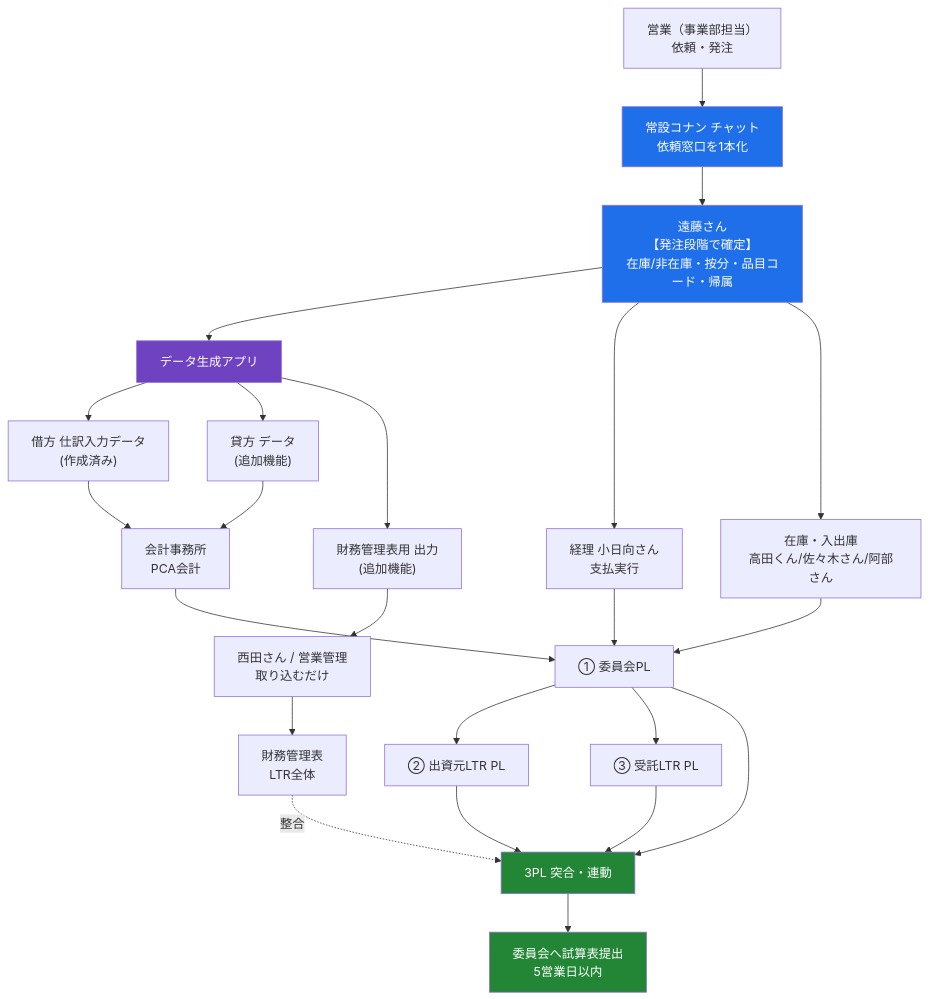
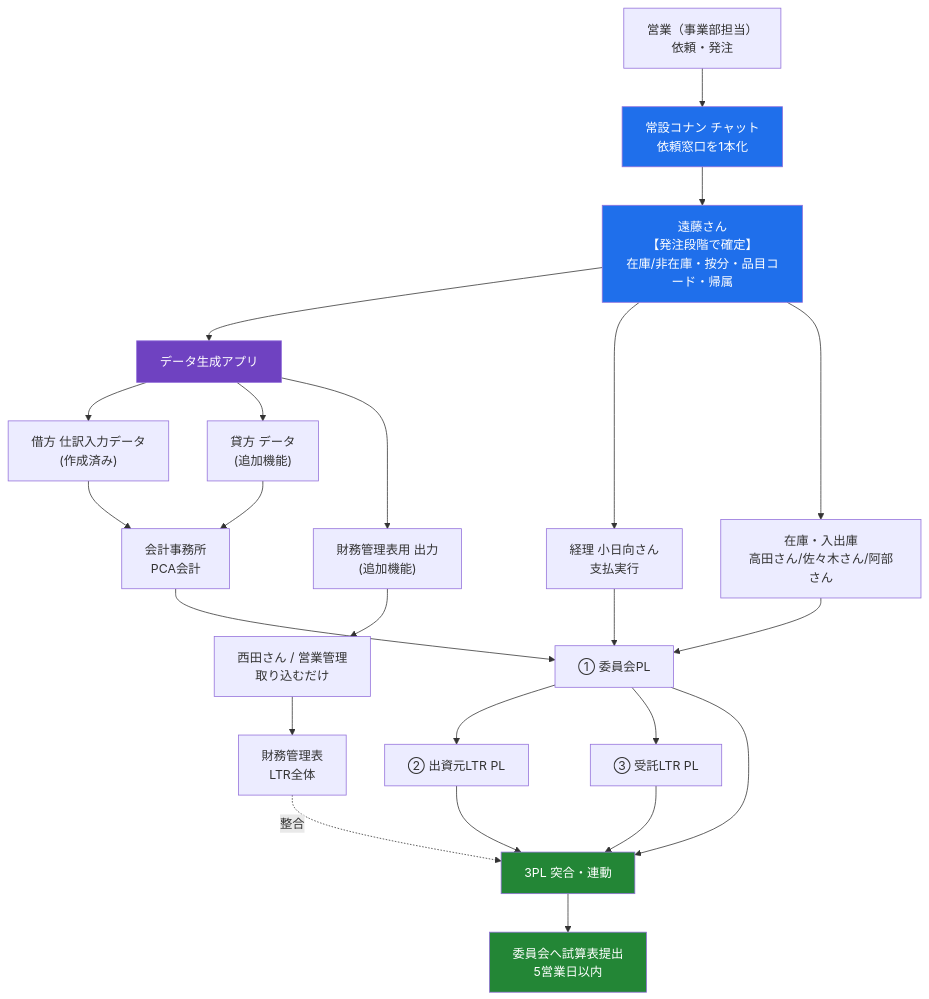
The third of 6 diagrams in internal/02_業務フロー_文章と図解.md (maa-a/Antigravity-test), drawn with Mermaid before and after one commit. The commit also changed other lines of this file and 5 other files, not shown here.

First line of the commit message:
Update the flow documents with the reviewed corrections

````diff
--- a/internal/02_業務フロー_文章と図解.md
+++ b/internal/02_業務フロー_文章と図解.md
@@ -153,35 +152,35 @@
 ```mermaid
 flowchart TD
     A["営業（事業部担当）<br/>依頼・発注"] --> B["常設コナン チャット<br/>依頼窓口を1本化"]
     B --> C["遠藤さん<br/>【発注段階で確定】<br/>在庫/非在庫・按分・品目コード・帰属"]
 
     C --> D["データ生成アプリ"]
     D --> D1["借方 仕訳入力データ<br/>(作成済み)"]
     D --> D2["貸方 データ<br/>(追加機能)"]
     D --> D3["財務管理表用 出力<br/>(追加機能)"]
 
     D1 --> E["会計事務所<br/>PCA会計"]
     D2 --> E
     D3 --> F["西田さん / 営業管理<br/>取り込むだけ"]
     C --> G["経理 小日向さん<br/>支払実行"]
-    C --> H["在庫・入出庫<br/>高田くん/佐々木さん/阿部さん"]
+    C --> H["在庫・入出庫<br/>高田さん/佐々木さん/阿部さん"]
 
     E --> I["① 委員会PL"]
     F --> J["財務管理表<br/>LTR全体"]
     H --> I
     G --> I
 
     I --> K["② 出資元LTR PL"]
     I --> L["③ 受託LTR PL"]
     K --> M["3PL 突合・連動"]
     L --> M
     I --> M
     J -.整合.-> M
     M --> N["委員会へ試算表提出<br/>5営業日以内"]
 
     style B fill:#1f6feb,color:#fff
     style C fill:#1f6feb,color:#fff
     style D fill:#6f42c1,color:#fff
     style M fill:#238636,color:#fff
     style N fill:#238636,color:#fff
 ```
````
